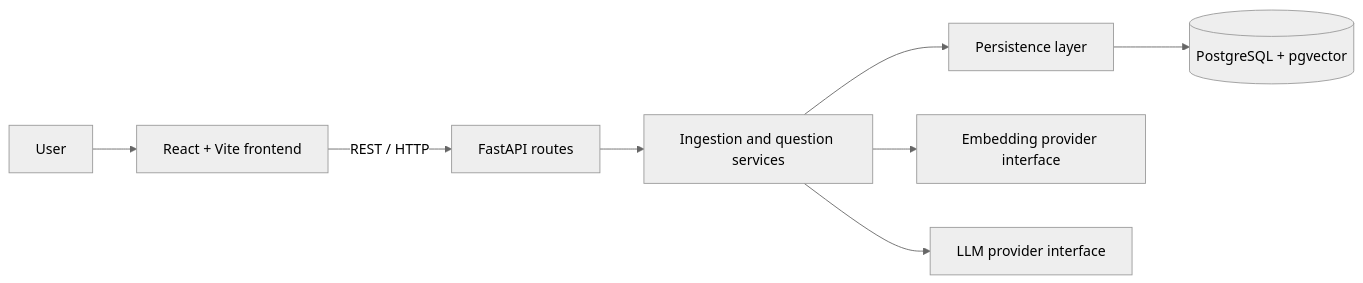
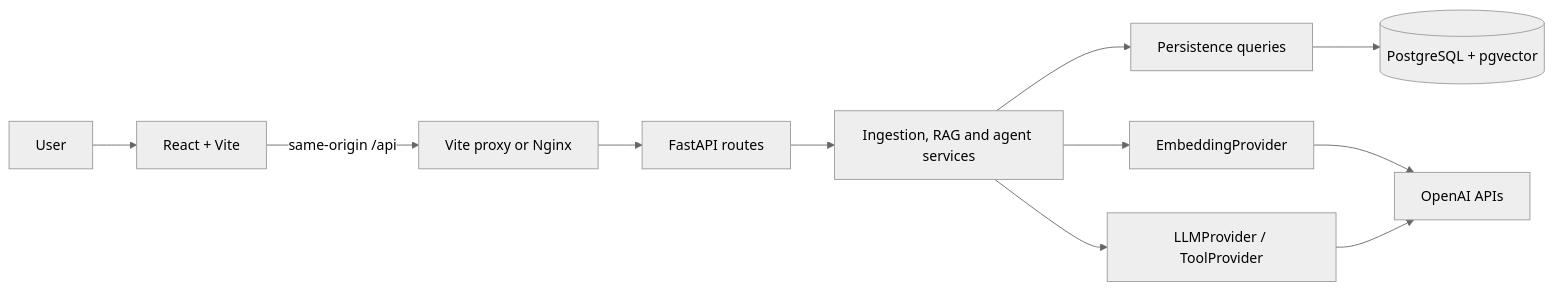
The diagram in README.md (Derek376/DevDocs-AI), drawn with Mermaid (neutral theme) before and after one commit. The commit also changed other lines of this file and 11 other files, not shown here.

````diff
--- a/README.md
+++ b/README.md
@@ -75,10 +110,13 @@
 ```mermaid
 flowchart LR
-    User[User] --> UI[React + Vite frontend]
-    UI -->|REST / HTTP| API[FastAPI routes]
-    API --> Services[Ingestion and question services]
-    Services --> Persistence[Persistence layer]
-    Persistence --> DB[(PostgreSQL + pgvector)]
-    Services --> Embeddings[Embedding provider interface]
-    Services --> LLM[LLM provider interface]
+    U[User] --> UI[React + Vite]
+    UI -->|same-origin /api| P[Vite proxy or Nginx]
+    P --> API[FastAPI routes]
+    API --> S[Ingestion, RAG and agent services]
+    S --> R[Persistence queries]
+    R --> DB[(PostgreSQL + pgvector)]
+    S --> E[EmbeddingProvider]
+    S --> L[LLMProvider / ToolProvider]
+    E --> O[OpenAI APIs]
+    L --> O
 ```
````
